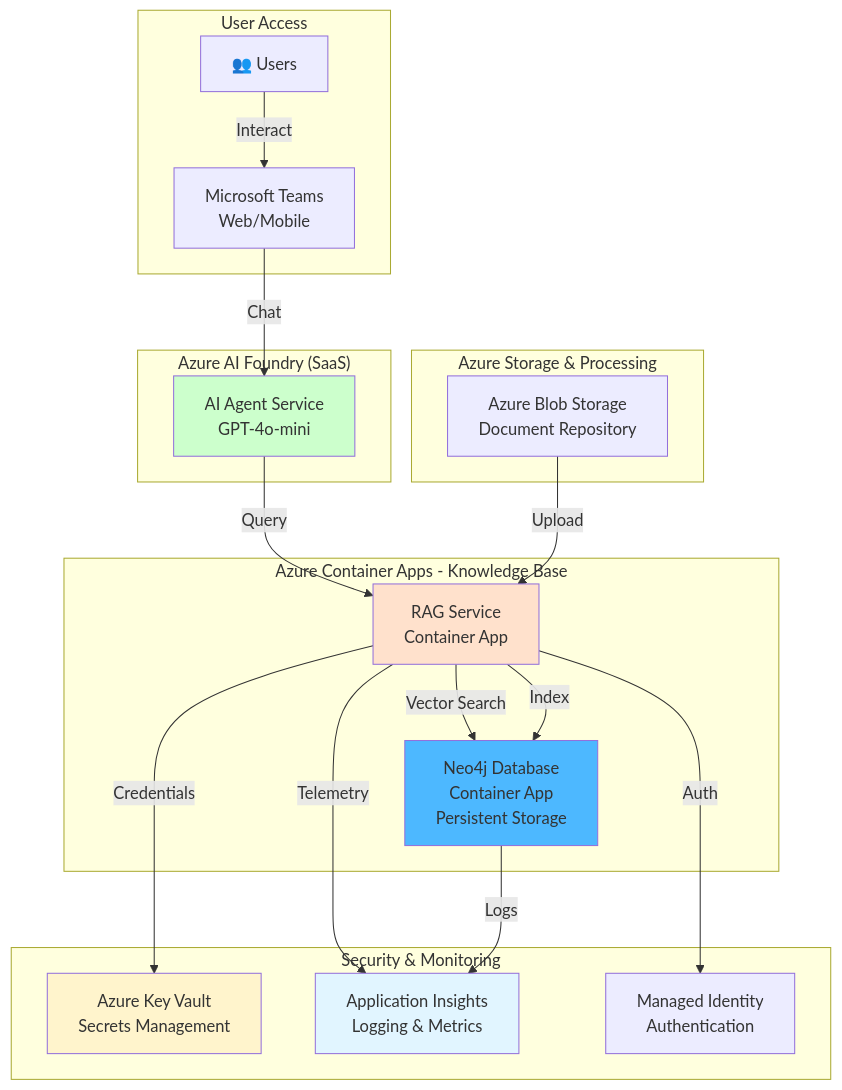
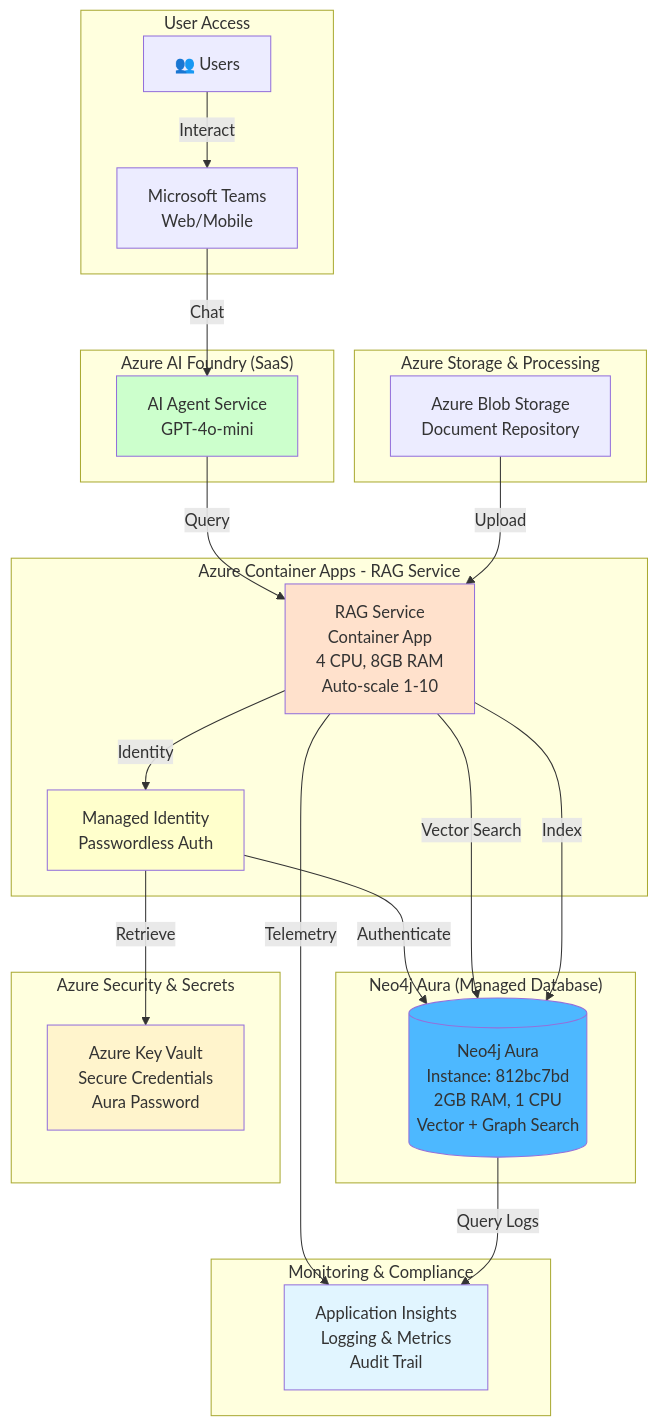
One commit to ma3u/neo4j-agentframework changed the second of 2 diagrams in README.md. Above: the diagram before and after it, drawn with Mermaid. The commit also changed other lines of this file and 9 other files, not shown here.

First line of the commit message:
Update Azure architecture: Neo4j Aura + Managed Identity (PR #15)

````diff
--- a/README.md
+++ b/README.md
@@ -112,44 +112,54 @@
 ```mermaid
 graph TB
     subgraph "User Access"
         Users[👥 Users]
         Teams[Microsoft Teams<br/>Web/Mobile]
         Users -->|Interact| Teams
     end
 
     subgraph "Azure AI Foundry (SaaS)"
         Agent[AI Agent Service<br/>GPT-4o-mini]
         Teams -->|Chat| Agent
     end
 
-    subgraph "Azure Container Apps - Knowledge Base"
-        Neo4jApp[Neo4j Database<br/>Container App<br/>Persistent Storage]
-        RAGApp[RAG Service<br/>Container App]
+    subgraph "Azure Container Apps - RAG Service"
+        RAGApp[RAG Service<br/>Container App<br/>4 CPU, 8GB RAM<br/>Auto-scale 1-10]
+        ManagedID[Managed Identity<br/>Passwordless Auth]
 
         Agent -->|Query| RAGApp
-        RAGApp -->|Vector Search| Neo4jApp
+        RAGApp -->|Identity| ManagedID
+    end
+
+    subgraph "Neo4j Aura (Managed Database)"
+        AuraDB[(Neo4j Aura<br/>Instance: 812bc7bd<br/>2GB RAM, 1 CPU<br/>Vector + Graph Search)]
+
+        ManagedID -->|Authenticate| AuraDB
+        RAGApp -->|Vector Search| AuraDB
+    end
+
+    subgraph "Azure Security & Secrets"
+        KeyVault[Azure Key Vault<br/>Secure Credentials<br/>Aura Password]
+
+        ManagedID -->|Retrieve| KeyVault
     end
 
     subgraph "Azure Storage & Processing"
         BlobStorage[Azure Blob Storage<br/>Document Repository]
         BlobStorage -->|Upload| RAGApp
-        RAGApp -->|Index| Neo4jApp
+        RAGApp -->|Index| AuraDB
     end
 
-    subgraph "Security & Monitoring"
-        KeyVault[Azure Key Vault<br/>Secrets Management]
-        AppInsights[Application Insights<br/>Logging & Metrics]
-        ManagedID[Managed Identity<br/>Authentication]
+    subgraph "Monitoring & Compliance"
+        AppInsights[Application Insights<br/>Logging & Metrics<br/>Audit Trail]
 
-        RAGApp -->|Credentials| KeyVault
         RAGApp -->|Telemetry| AppInsights
-        RAGApp -->|Auth| ManagedID
-        Neo4jApp -->|Logs| AppInsights
+        AuraDB -->|Query Logs| AppInsights
     end
 
     style Agent fill:#ccffcc
     style RAGApp fill:#ffe1cc
-    style Neo4jApp fill:#4db8ff
+    style AuraDB fill:#4db8ff
+    style KeyVault fill:#fff4cc
+    style ManagedID fill:#ffffcc
     style AppInsights fill:#e1f5ff
-    style KeyVault fill:#fff4cc
 ```
````
